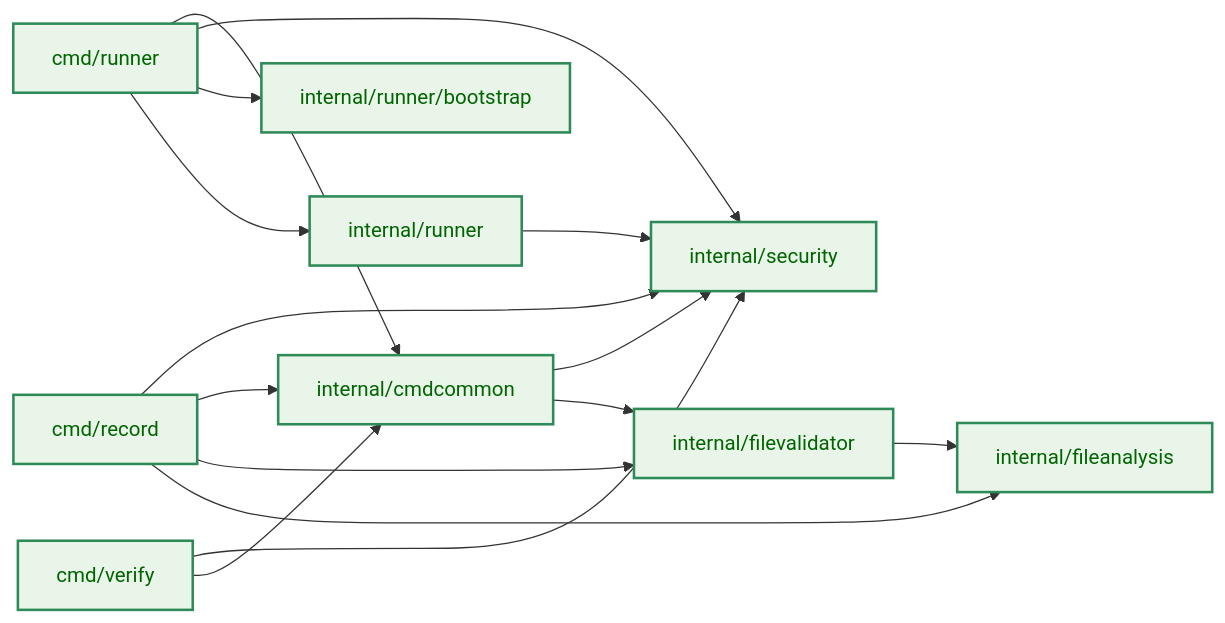
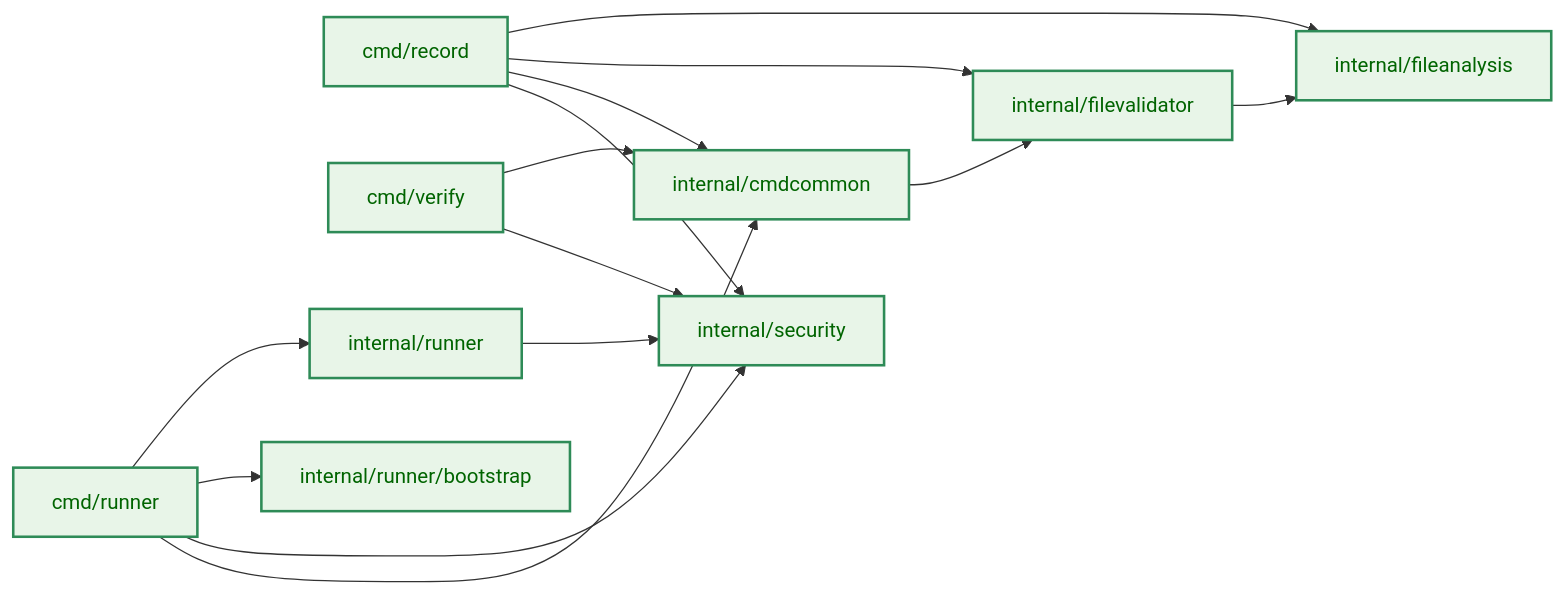
One commit to isseis/go-safe-cmd-runner changed the third of 11 diagrams in docs/tasks/0164_entrypoint_residual_low_info/02_architecture.md. Above: the diagram before and after it, drawn with Mermaid. The commit also changed other lines of this file and 3 other files, not shown here.

````diff
--- a/docs/tasks/0164_entrypoint_residual_low_info/02_architecture.md
+++ b/docs/tasks/0164_entrypoint_residual_low_info/02_architecture.md
@@ -114,31 +114,30 @@
 ```mermaid
 flowchart LR
     classDef enhanced fill:#e8f5e8,stroke:#2e8b57,stroke-width:2px,color:#006400;
 
     RUNNER["cmd/runner"]
     RECORD["cmd/record"]
     VERIFY["cmd/verify"]
     RUNNERPKG["internal/runner"]
     CMDCOMMON["internal/cmdcommon"]
     SEC["internal/security"]
     BOOTSTRAP["internal/runner/bootstrap"]
     FILEVALIDATOR["internal/filevalidator"]
     FILEANALYSIS["internal/fileanalysis"]
 
     RUNNER --> CMDCOMMON
     RUNNER --> SEC
     RUNNER --> BOOTSTRAP
     RUNNER --> RUNNERPKG
     RECORD --> SEC
     RECORD --> CMDCOMMON
     RECORD --> FILEVALIDATOR
     RECORD --> FILEANALYSIS
     VERIFY --> SEC
     VERIFY --> CMDCOMMON
     RUNNERPKG --> SEC
-    CMDCOMMON --> SEC
     CMDCOMMON --> FILEVALIDATOR
     FILEVALIDATOR --> FILEANALYSIS
 
     class RUNNER,RECORD,VERIFY,RUNNERPKG,CMDCOMMON,SEC,BOOTSTRAP,FILEVALIDATOR,FILEANALYSIS enhanced
 ```
````
